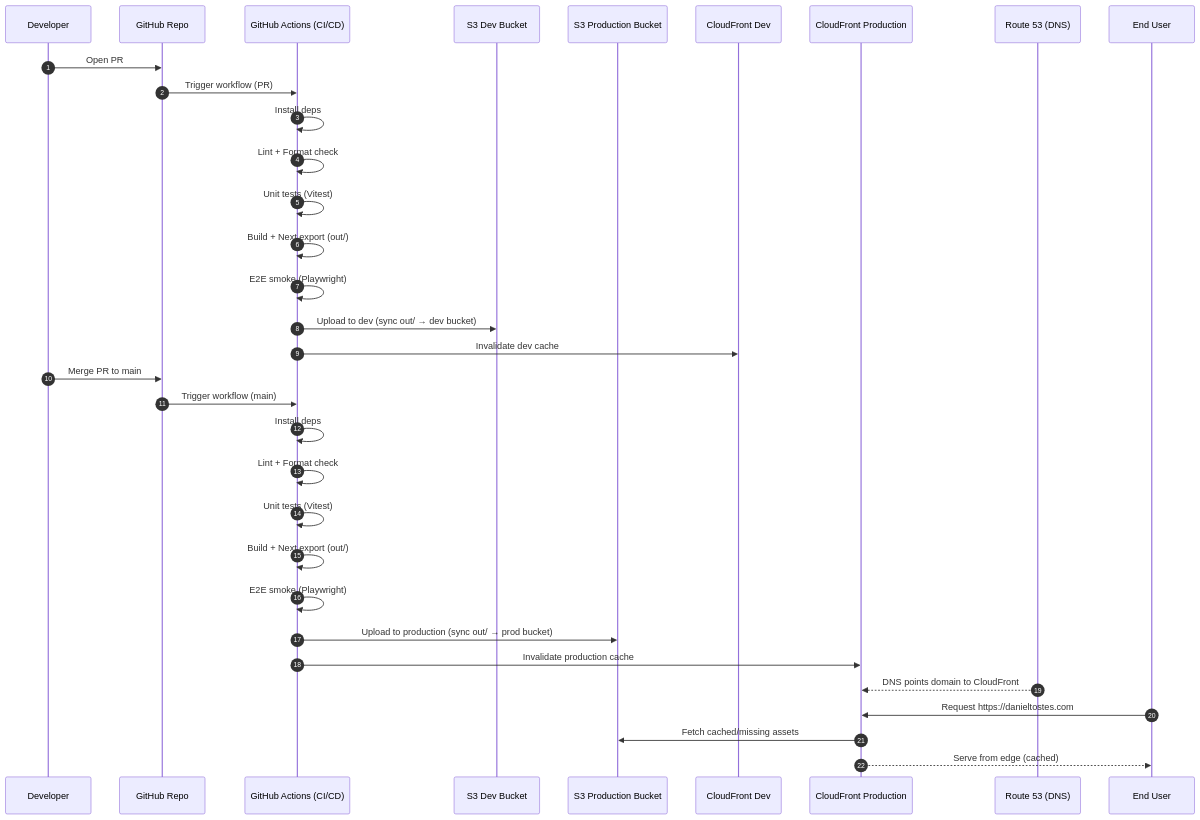
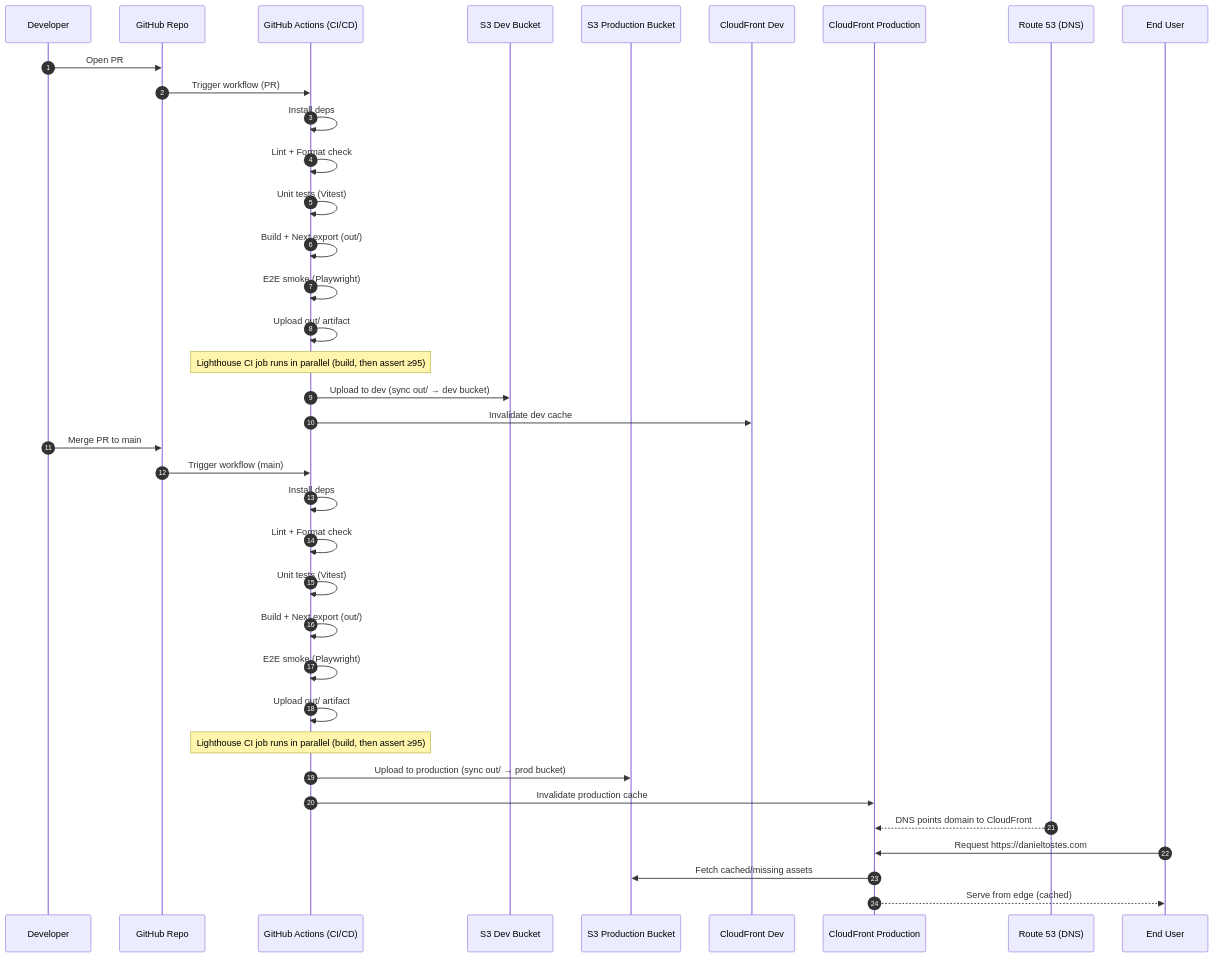
One commit to danielmunafo/danieltostes.com changed the first of 2 diagrams in docs/diagrams.md. Above: the diagram before and after it, drawn with Mermaid. The commit also changed 3 other files, not shown here.

````diff
--- a/docs/diagrams.md
+++ b/docs/diagrams.md
@@ -5,38 +5,42 @@
 ```mermaid
 sequenceDiagram
   autonumber
   participant Dev as Developer
   participant GH as GitHub Repo
   participant GA as GitHub Actions (CI/CD)
   participant S3Dev as S3 Dev Bucket
   participant S3Prod as S3 Production Bucket
   participant CFDev as CloudFront Dev
   participant CFProd as CloudFront Production
   participant R53 as Route 53 (DNS)
   participant User as End User
 
   Dev->>GH: Open PR
   GH->>GA: Trigger workflow (PR)
   GA->>GA: Install deps
   GA->>GA: Lint + Format check
   GA->>GA: Unit tests (Vitest)
   GA->>GA: Build + Next export (out/)
   GA->>GA: E2E smoke (Playwright)
+  GA->>GA: Upload out/ artifact
+  Note over GA: Lighthouse CI job runs in parallel (build, then assert ≥95)
   GA->>S3Dev: Upload to dev (sync out/ → dev bucket)
   GA->>CFDev: Invalidate dev cache
 
   Dev->>GH: Merge PR to main
   GH->>GA: Trigger workflow (main)
   GA->>GA: Install deps
   GA->>GA: Lint + Format check
   GA->>GA: Unit tests (Vitest)
   GA->>GA: Build + Next export (out/)
   GA->>GA: E2E smoke (Playwright)
+  GA->>GA: Upload out/ artifact
+  Note over GA: Lighthouse CI job runs in parallel (build, then assert ≥95)
   GA->>S3Prod: Upload to production (sync out/ → prod bucket)
   GA->>CFProd: Invalidate production cache
 
   R53-->>CFProd: DNS points domain to CloudFront
   User->>CFProd: Request https://danieltostes.com
   CFProd->>S3Prod: Fetch cached/missing assets
   CFProd-->>User: Serve from edge (cached)
 ```
````
